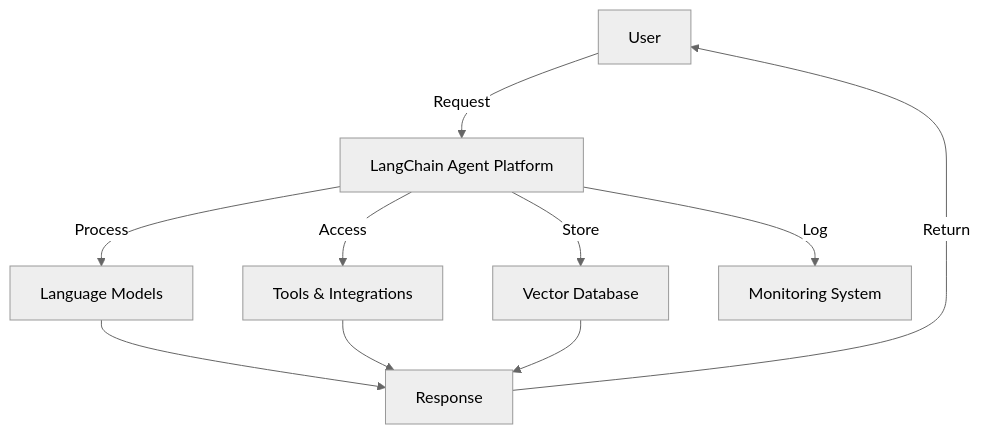
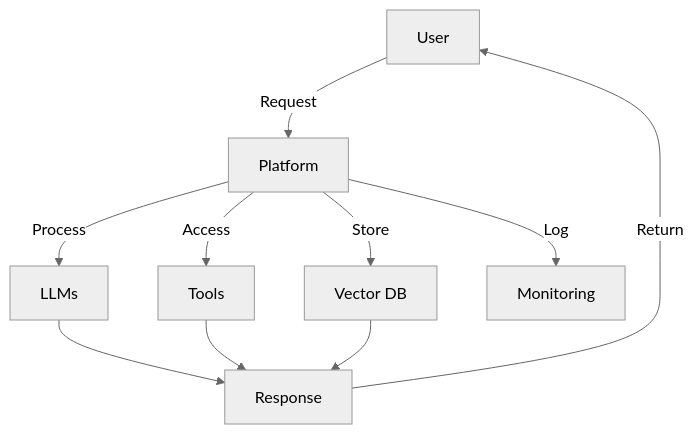
Before and after one commit to CRollins6020/CRollins6020: the first of 21 diagrams in User-Guides/LangChain Agent Platform Admin Guide.md, drawn with Mermaid (neutral theme).

Commit message:
Update LangChain Agent Platform Admin Guide.md

````diff
--- a/User-Guides/LangChain Agent Platform Admin Guide.md
+++ b/User-Guides/LangChain Agent Platform Admin Guide.md
@@ -7,14 +7,12 @@
 ```mermaid
 
 graph TD
-    A[User] -->|Request| B[LangChain Agent Platform]
-    B -->|Process| C[Language Models]
-    B -->|Access| D[Tools & Integrations]
-    B -->|Store| E[Vector Database]
-    B -->|Log| F[Monitoring System]
-    C --> G[Response]
-    D --> G
-    E --> G
+    A[User] -->|Request| B[Platform]
+    B -->|Process| C[LLMs]
+    B -->|Access| D[Tools]
+    B -->|Store| E[Vector DB]
+    B -->|Log| F[Monitoring]
+    C & D & E --> G[Response]
     G -->|Return| A
 
 ```
````
